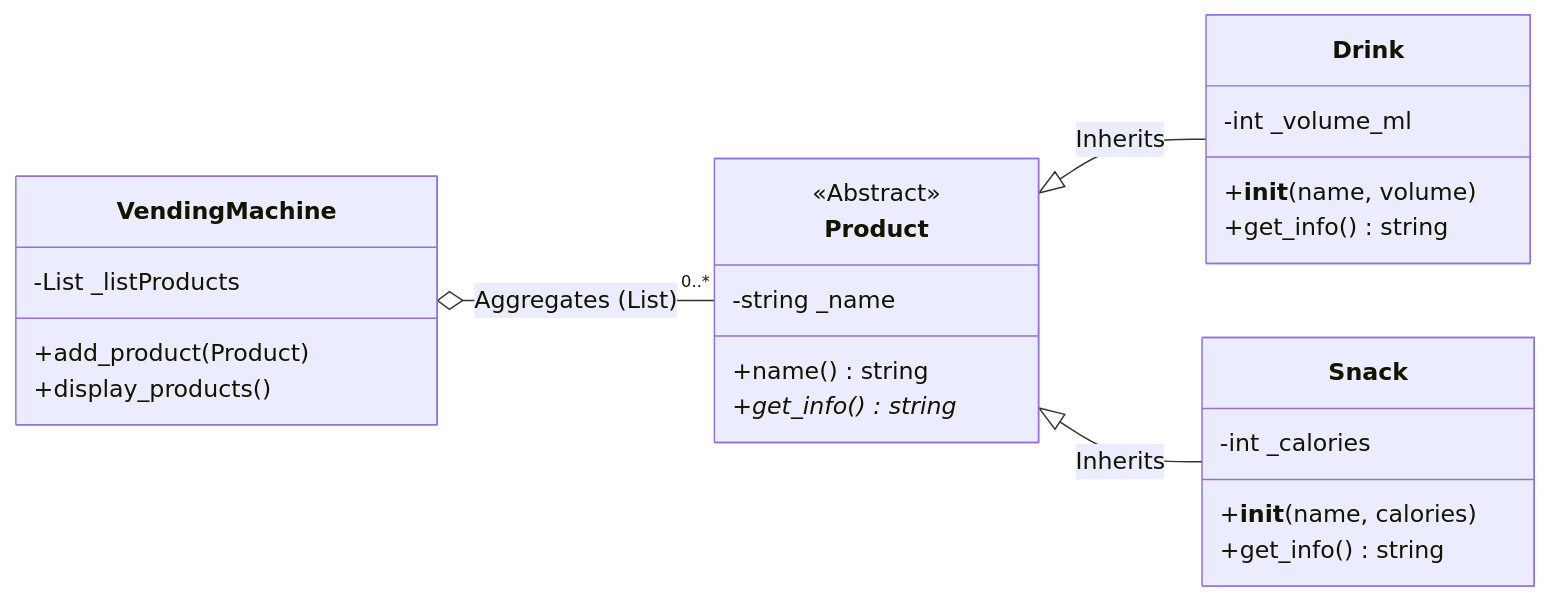
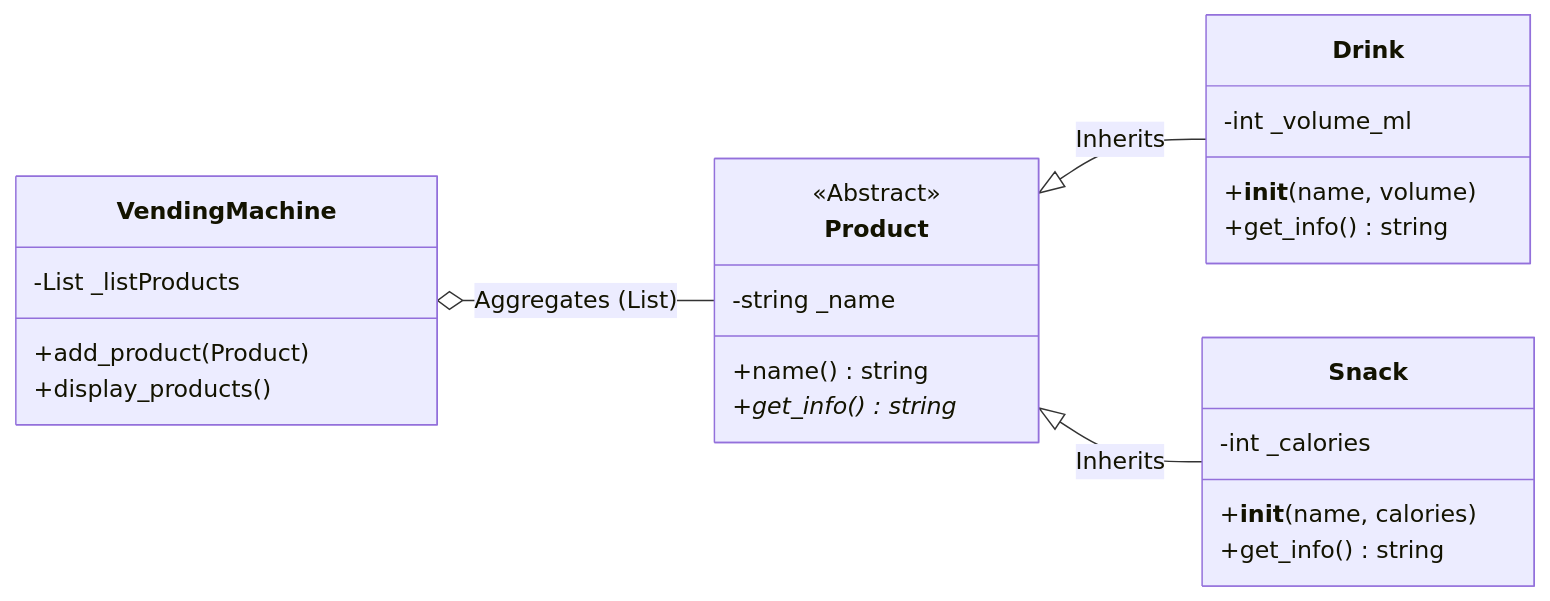
One commit to ahnafyura/BARUNASTRA_STAGE2 changed the second of 2 diagrams in README.md. Above: the diagram before and after it, drawn with Mermaid. The commit also changed other lines of this file, not shown here.

Commit message:
Update README.md
update UML Class Diagram

````diff
--- a/README.md
+++ b/README.md
@@ -134,33 +134,33 @@
 ```mermaid
 classDiagram
     direction LR
     %% Hubungan: VendingMachine (Kiri) -> Product (Tengah) -> Drink/Snack (Kanan)
-    VendingMachine o-- "0..*" Product : Aggregates (List)
+    VendingMachine o-- Product : Aggregates (List)
     Product <|-- Drink : Inherits
     Product <|-- Snack : Inherits
 
     class VendingMachine {
         -List _listProducts
         +add_product(Product)
         +display_products()
     }
 
     class Product {
         <<Abstract>>
         -string _name
         +name() string
         +get_info()* string
     }
 
     class Drink {
         -int _volume_ml
         +__init__(name, volume)
         +get_info() string
     }
 
     class Snack {
         -int _calories
         +__init__(name, calories)
         +get_info() string
     }
 ```
````
